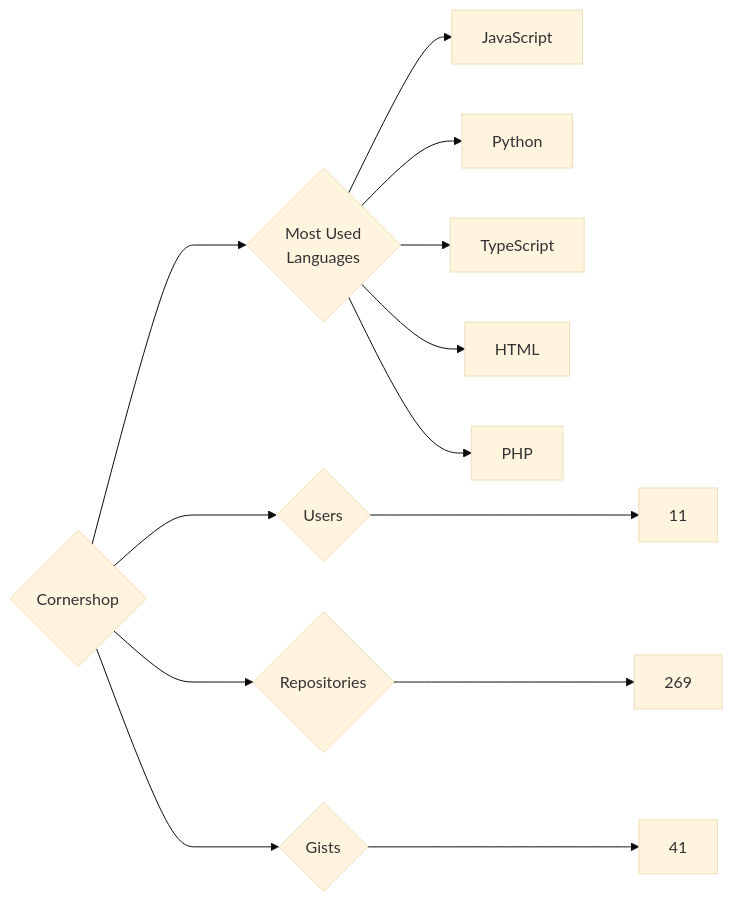
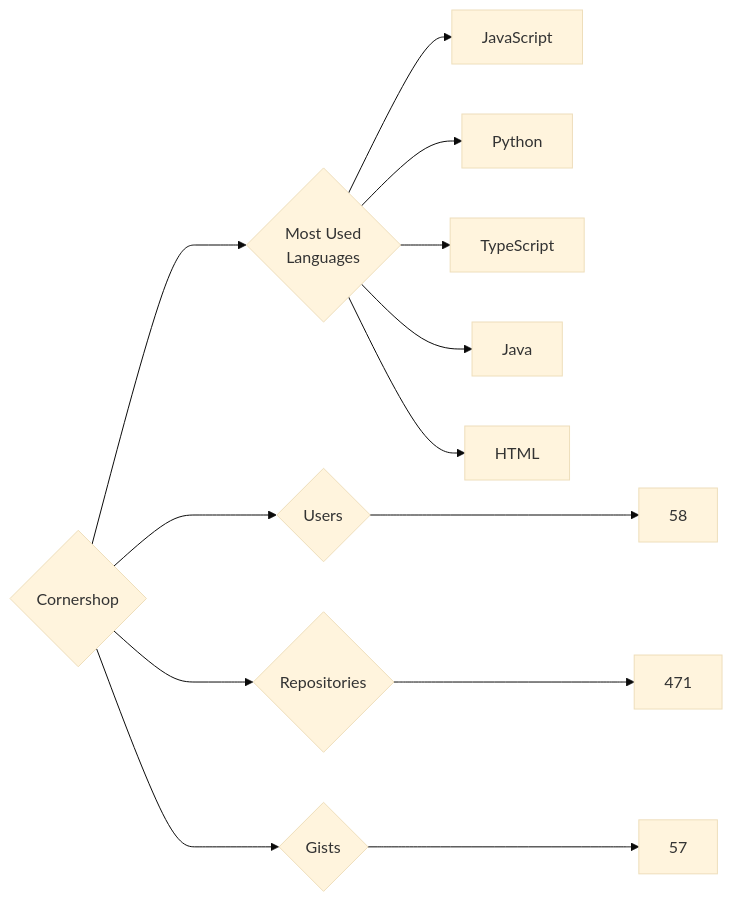
The diagram in targets/Cornershop/README.md (trickest/insiders), drawn with Mermaid (base theme) before and after one commit. The commit also changed 681 other files, not shown here.

````diff
--- a/targets/Cornershop/README.md
+++ b/targets/Cornershop/README.md
@@ -3,13 +3,13 @@
 ```mermaid
 graph LR
 COMPANY_NAME{Cornershop}
-COMPANY_NAME ---> U{Users} ---> UN[11]
-COMPANY_NAME ---> R{Repositories} ---> RN[269]
-COMPANY_NAME ---> G{Gists} ---> GN[41]
+COMPANY_NAME ---> U{Users} ---> UN[58]
+COMPANY_NAME ---> R{Repositories} ---> RN[471]
+COMPANY_NAME ---> G{Gists} ---> GN[57]
 COMPANY_NAME ---> ML{Most Used<br>Languages}
 ML --> JavaScript[JavaScript]
 ML --> Python[Python]
 ML --> TypeScript[TypeScript]
+ML --> Java[Java]
 ML --> HTML[HTML]
-ML --> PHP[PHP]
 ```
````
